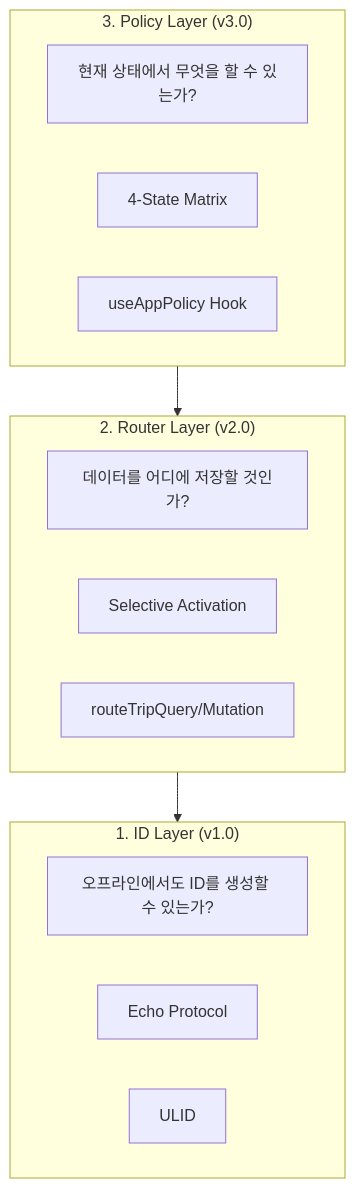
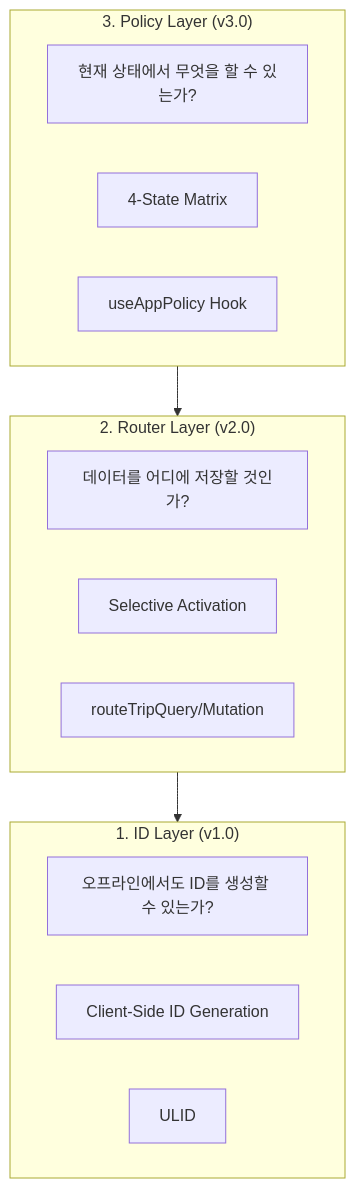
Before and after one commit to hmy751/noline: the first of 3 diagrams in README.md, drawn with Mermaid. The commit also changed other lines of this file, not shown here.

````diff
--- a/README.md
+++ b/README.md
@@ -247,23 +247,23 @@
 ```mermaid
 flowchart TB
     subgraph Layer3["3. Policy Layer (v3.0)"]
         P["현재 상태에서 무엇을 할 수 있는가?"]
         P1["4-State Matrix"]
         P2["useAppPolicy Hook"]
     end
 
     subgraph Layer2["2. Router Layer (v2.0)"]
         R["데이터를 어디에 저장할 것인가?"]
         R1["Selective Activation"]
         R2["routeTripQuery/Mutation"]
     end
 
     subgraph Layer1["1. ID Layer (v1.0)"]
         I["오프라인에서도 ID를 생성할 수 있는가?"]
-        I1["Echo Protocol"]
+        I1["Client-Side ID Generation"]
         I2["ULID"]
     end
 
     Layer3 --> Layer2
     Layer2 --> Layer1
 ```
````
